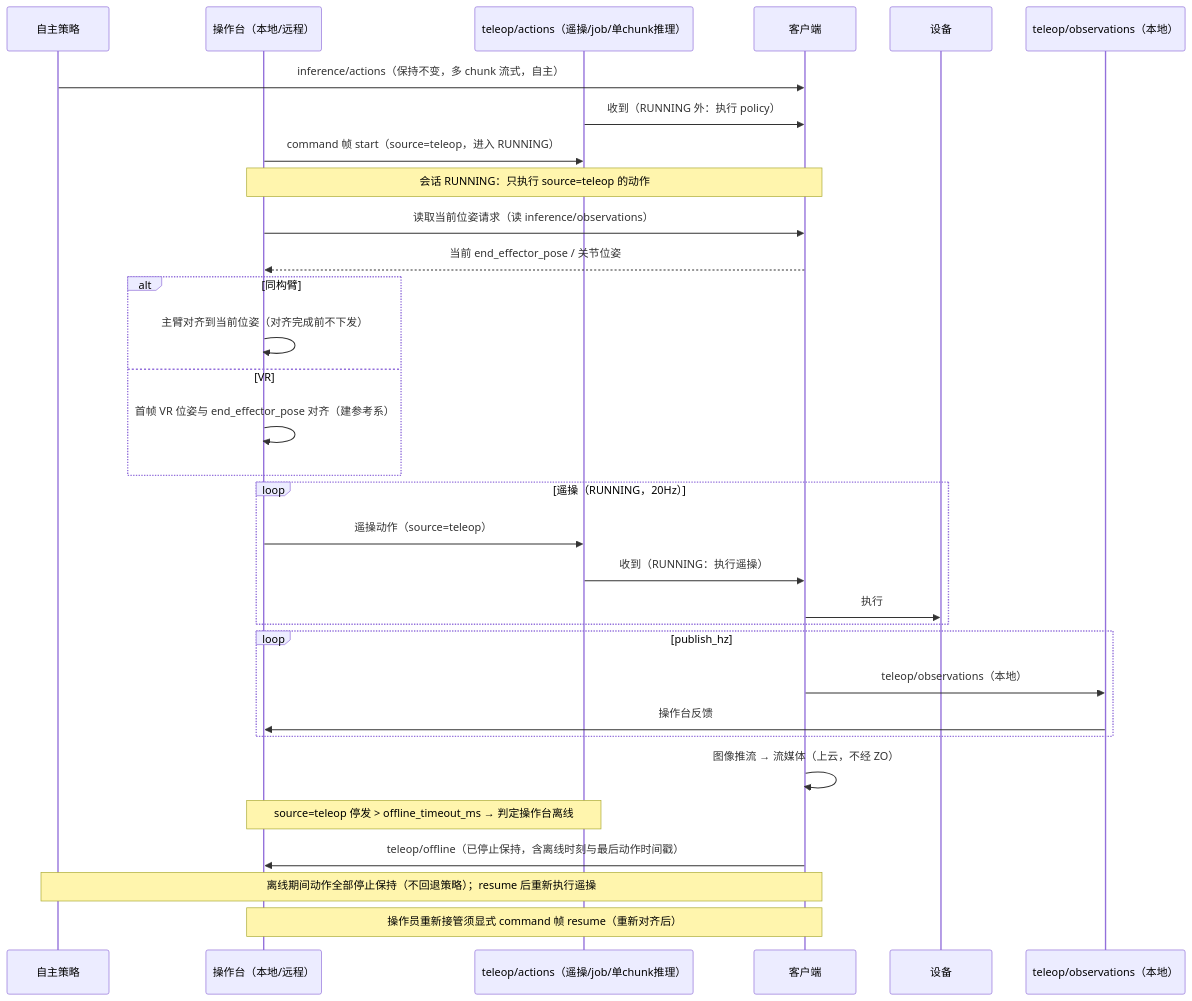
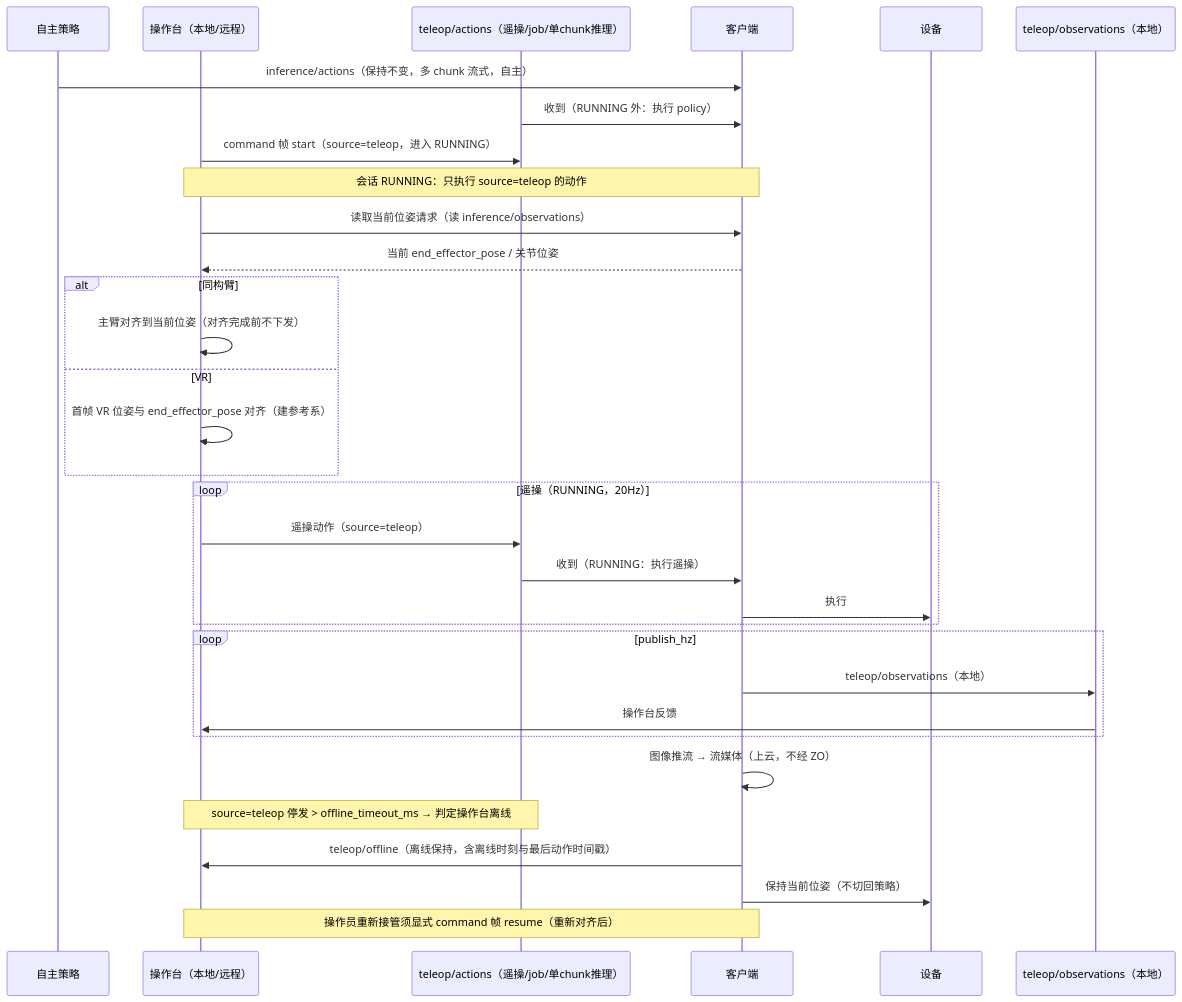
The diagram in docs/design/r2c-teleop-data-collection-design.md (vincentguiling/cloudrobo-sdk-client), drawn with Mermaid before and after one commit. The commit also changed other lines of this file, not shown here.

First line of the commit message:
docs(design): v1.6——执行来源规则修订（离线保持，不切回策略）

````diff
--- a/docs/design/r2c-teleop-data-collection-design.md
+++ b/docs/design/r2c-teleop-data-collection-design.md
@@ -143,35 +143,35 @@
 ```mermaid
 sequenceDiagram
     participant P as 自主策略
     participant O as 操作台（本地/远程）
     participant ZA as teleop/actions（遥操/job/单chunk推理）
     participant C as 客户端
     participant F as 设备
     participant ZO as teleop/observations（本地）
 
     P->>C: inference/actions（保持不变，多 chunk 流式，自主）
     ZA->>C: 收到（RUNNING 外：执行 policy）
     O->>ZA: command 帧 start（source=teleop，进入 RUNNING）
     Note over O,C: 会话 RUNNING：只执行 source=teleop 的动作
     O->>C: 读取当前位姿请求（读 inference/observations）
     C-->>O: 当前 end_effector_pose / 关节位姿
     alt 同构臂
         O->>O: 主臂对齐到当前位姿（对齐完成前不下发）
     else VR
         O->>O: 首帧 VR 位姿与 end_effector_pose 对齐（建参考系）
     end
     loop 遥操（RUNNING，20Hz）
         O->>ZA: 遥操动作（source=teleop）
         ZA->>C: 收到（RUNNING：执行遥操）
         C->>F: 执行
     end
     loop publish_hz
         C->>ZO: teleop/observations（本地）
         ZO->>O: 操作台反馈
     end
     C->>C: 图像推流 → 流媒体（上云，不经 ZO）
     Note over O,ZA: source=teleop 停发 > offline_timeout_ms → 判定操作台离线
-    C->>O: teleop/offline（已停止保持，含离线时刻与最后动作时间戳）
-    Note over P,C: 离线期间动作全部停止保持（不回退策略）；resume 后重新执行遥操
+    C->>O: teleop/offline（离线保持，含离线时刻与最后动作时间戳）
+    C->>F: 保持当前位姿（不切回策略）
     Note over O,C: 操作员重新接管须显式 command 帧 resume（重新对齐后）
 ```
````
